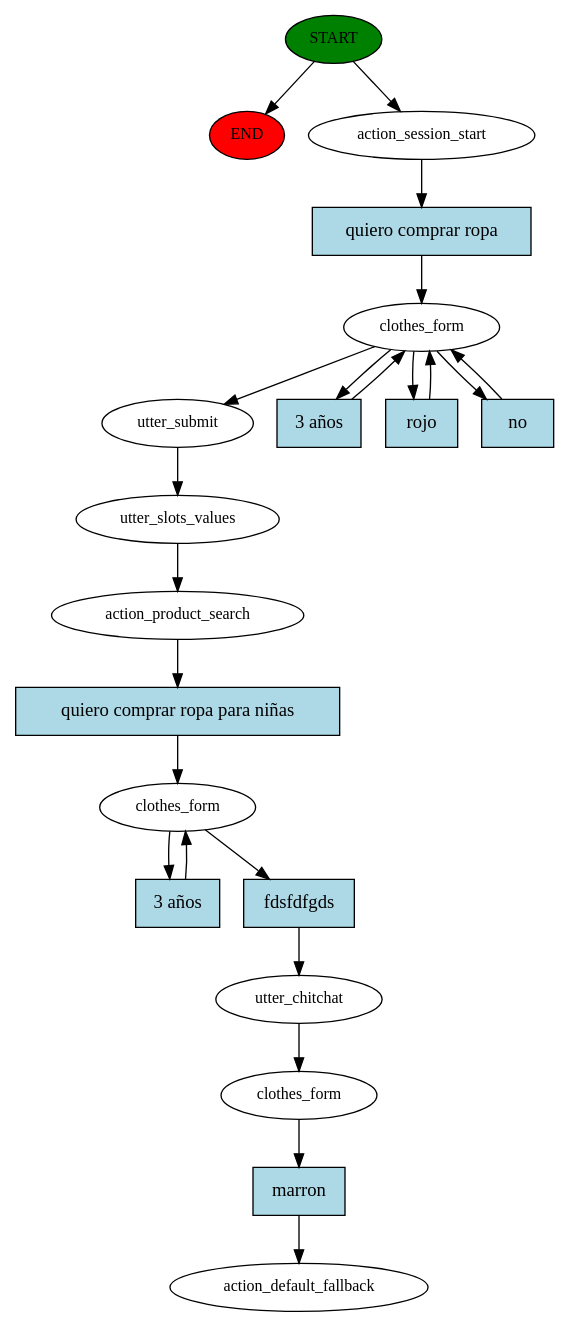
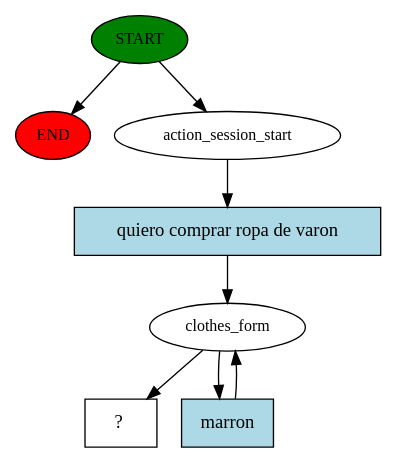
Before and after one commit to kabirivan/ChatBot-Clothes: the diagram in chatbot/story_graph.dot, drawn with Graphviz. The commit also changed 9 other files, not shown here.

```diff
--- a/chatbot/story_graph.dot
+++ b/chatbot/story_graph.dot
@@ -1,43 +1,16 @@
 digraph  {
 0 [class="start active", fillcolor=green, fontsize=12, label=START, style=filled];
 "-1" [class=end, fillcolor=red, fontsize=12, label=END, style=filled];
 1 [class=active, fontsize=12, label=action_session_start];
 2 [class=active, fontsize=12, label=clothes_form];
-8 [class=active, fontsize=12, label=utter_submit];
-9 [class=active, fontsize=12, label=utter_slots_values];
-10 [class=active, fontsize=12, label=action_product_search];
-11 [class=active, fontsize=12, label=clothes_form];
-14 [class=active, fontsize=12, label=utter_chitchat];
-15 [class=active, fontsize=12, label=clothes_form];
-16 [class="dashed active", fontsize=12, label=action_default_fallback];
-17 [class="intent active", fillcolor=lightblue, label="quiero comprar ropa", shape=rect, style=filled];
-18 [class="intent active", fillcolor=lightblue, label="3 años", shape=rect, style=filled];
-19 [class="intent active", fillcolor=lightblue, label=rojo, shape=rect, style=filled];
-20 [class="intent active", fillcolor=lightblue, label=no, shape=rect, style=filled];
-21 [class="intent active", fillcolor=lightblue, label="quiero comprar ropa para niñas", shape=rect, style=filled];
-22 [class="intent active", fillcolor=lightblue, label="3 años", shape=rect, style=filled];
-23 [class="intent active", fillcolor=lightblue, label=fdsfdfgds, shape=rect, style=filled];
-24 [class="intent active", fillcolor=lightblue, label=marron, shape=rect, style=filled];
+7 [class="intent dashed active", label="  ?  ", shape=rect];
+8 [class="intent active", fillcolor=lightblue, label="quiero comprar ropa de varon", shape=rect, style=filled];
+9 [class="intent active", fillcolor=lightblue, label=marron, shape=rect, style=filled];
 0 -> "-1"  [class="", key=NONE, label=""];
 0 -> 1  [class=active, key=NONE, label=""];
-1 -> 17  [class=active, key=0];
-2 -> 8  [class=active, key=NONE, label=""];
-2 -> 18  [class=active, key=0];
-2 -> 19  [class=active, key=0];
-2 -> 20  [class=active, key=0];
-8 -> 9  [class=active, key=NONE, label=""];
-9 -> 10  [class=active, key=NONE, label=""];
-10 -> 21  [class=active, key=0];
-11 -> 22  [class=active, key=0];
-11 -> 23  [class=active, key=0];
-14 -> 15  [class=active, key=NONE, label=""];
-15 -> 24  [class=active, key=0];
-17 -> 2  [class=active, key=0];
-18 -> 2  [class=active, key=0];
-19 -> 2  [class=active, key=0];
-20 -> 2  [class=active, key=0];
-21 -> 11  [class=active, key=0];
-22 -> 11  [class=active, key=0];
-23 -> 14  [class=active, key=0];
-24 -> 16  [class=active, key=0];
+1 -> 8  [class=active, key=0];
+2 -> 7  [class=active, key=NONE, label=""];
+2 -> 9  [class=active, key=0];
+8 -> 2  [class=active, key=0];
+9 -> 2  [class=active, key=0];
 }
```
